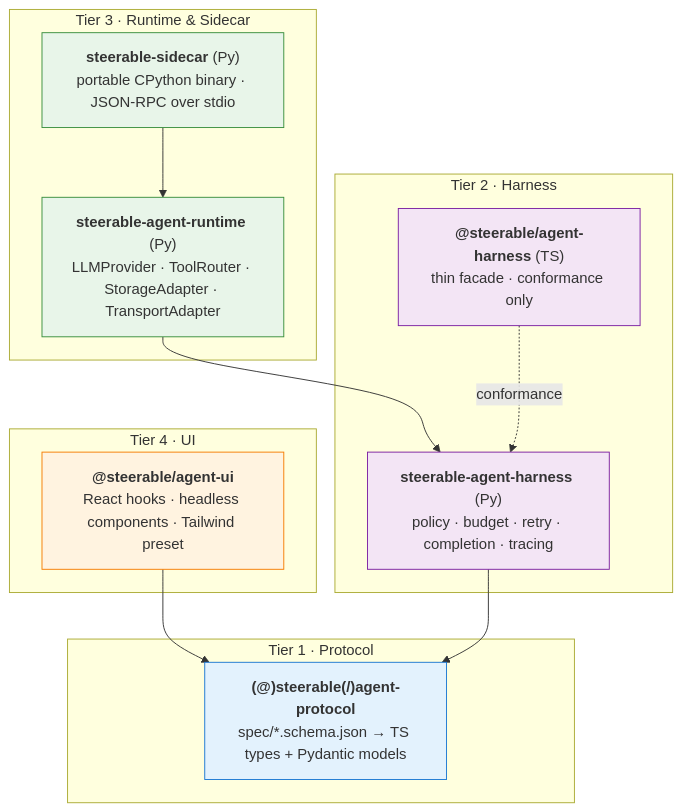
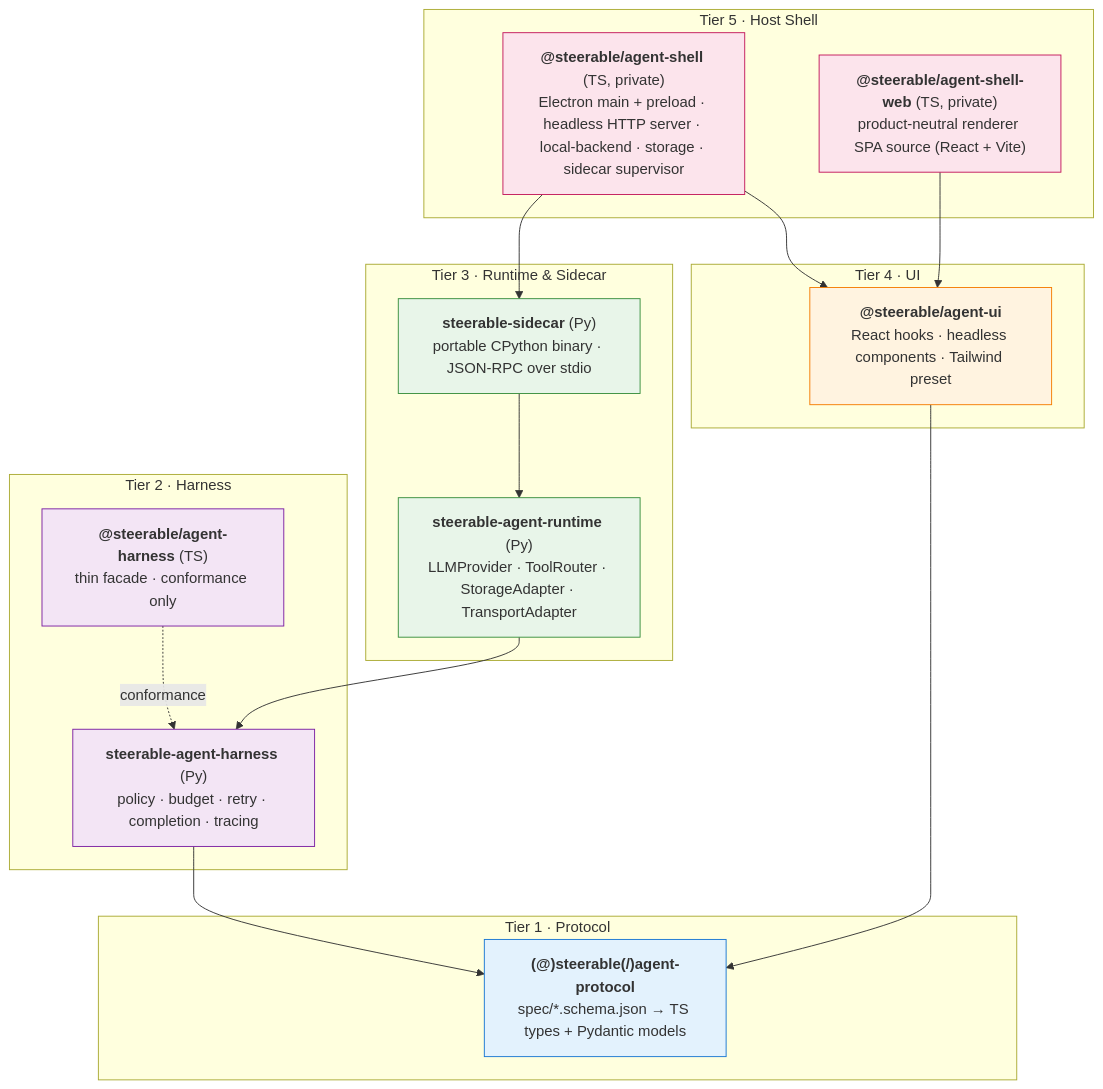
One commit to pathlyapp/opensteerable changed the diagram in README.md. Above: the diagram before and after it, drawn with Mermaid. The commit also changed other lines of this file and 312 other files, not shown here.

First line of the commit message:
feat(agent-shell): add new build scripts and update dependencies

````diff
--- a/README.md
+++ b/README.md
@@ -171,35 +185,45 @@
 ```mermaid
 flowchart TB
+    subgraph T5[Tier 5 · Host Shell]
+        SH["<b>@steerable/agent-shell</b> (TS, private)<br/>Electron main + preload · headless HTTP server · local-backend · storage · sidecar supervisor"]
+        SHW["<b>@steerable/agent-shell-web</b> (TS, private)<br/>product-neutral renderer SPA source (React + Vite)"]
+    end
+
     subgraph T4[Tier 4 · UI]
         UI["<b>@steerable/agent-ui</b><br/>React hooks · headless components · Tailwind preset"]
     end
 
     subgraph T3[Tier 3 · Runtime & Sidecar]
         RT["<b>steerable-agent-runtime</b> (Py)<br/>LLMProvider · ToolRouter · StorageAdapter · TransportAdapter"]
         SC["<b>steerable-sidecar</b> (Py)<br/>portable CPython binary · JSON-RPC over stdio"]
     end
 
     subgraph T2[Tier 2 · Harness]
         H["<b>steerable-agent-harness</b> (Py)<br/>policy · budget · retry · completion · tracing"]
         HF["<b>@steerable/agent-harness</b> (TS)<br/>thin facade · conformance only"]
     end
 
     subgraph T1[Tier 1 · Protocol]
         P["<b>(@)steerable(/)agent-protocol</b><br/>spec/*.schema.json → TS types + Pydantic models"]
     end
 
+    SH --> UI
+    SH --> SC
+    SHW --> UI
     UI --> P
     RT --> H
     SC --> RT
     H --> P
     HF -. conformance .-> H
 
     classDef t1 fill:#e3f2fd,stroke:#1976d2
     classDef t2 fill:#f3e5f5,stroke:#7b1fa2
     classDef t3 fill:#e8f5e9,stroke:#388e3c
     classDef t4 fill:#fff3e0,stroke:#f57c00
+    classDef t5 fill:#fce4ec,stroke:#c2185b
     class P t1
     class H,HF t2
     class RT,SC t3
     class UI t4
+    class SH,SHW t5
 ```
````
